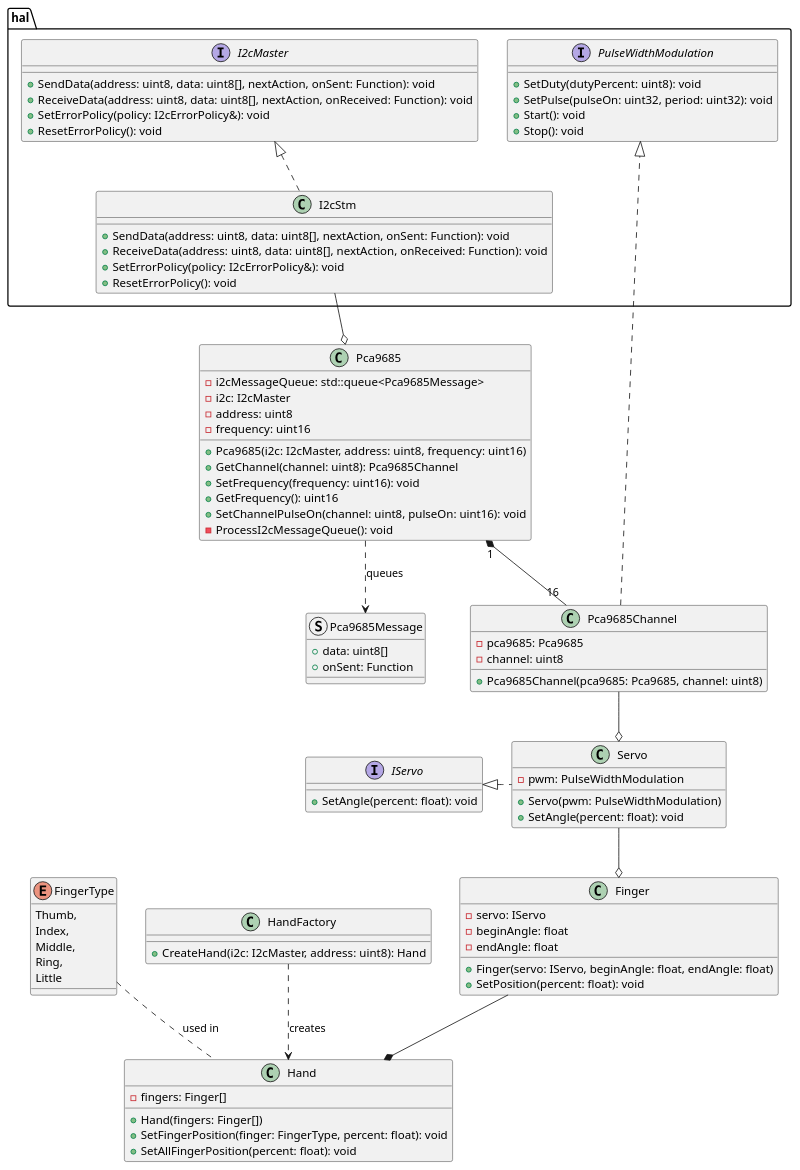
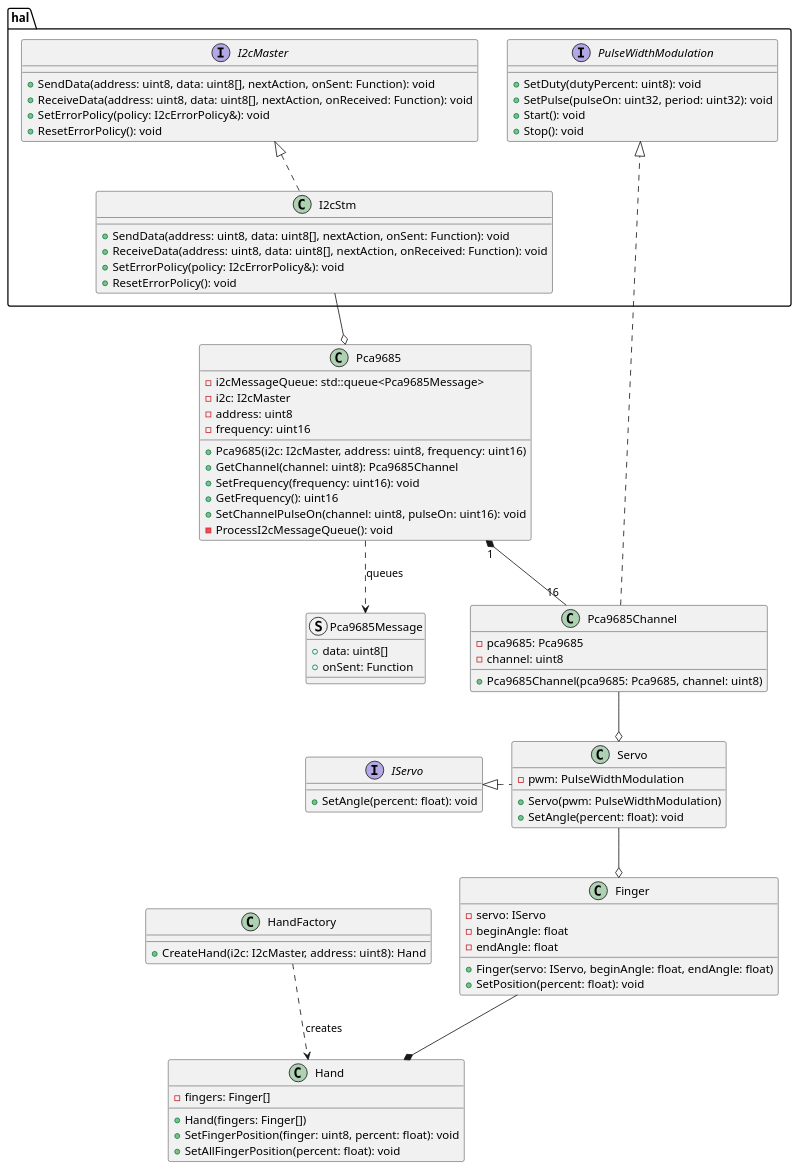
The diagram in design.plantuml (damyvv/bionic-hand), drawn with PlantUML before and after one commit.

Commit message:
Update design

```diff
--- a/design.plantuml
+++ b/design.plantuml
@@ -1,101 +1,92 @@
 @startuml
 
 package hal {
     interface PulseWidthModulation {
         +SetDuty(dutyPercent: uint8): void
         +SetPulse(pulseOn: uint32, period: uint32): void
         +Start(): void
         +Stop(): void
     }
 
     interface I2cMaster {
         +SendData(address: uint8, data: uint8[], nextAction, onSent: Function): void
         +ReceiveData(address: uint8, data: uint8[], nextAction, onReceived: Function): void
         +SetErrorPolicy(policy: I2cErrorPolicy&): void
         +ResetErrorPolicy(): void        
     }
 
     class I2cStm {
         +SendData(address: uint8, data: uint8[], nextAction, onSent: Function): void
         +ReceiveData(address: uint8, data: uint8[], nextAction, onReceived: Function): void
         +SetErrorPolicy(policy: I2cErrorPolicy&): void
         +ResetErrorPolicy(): void
     }
 
     I2cMaster <|.. I2cStm
 }
 
 struct Pca9685Message {
     +data: uint8[]
     +onSent: Function
 }
 
 class Pca9685 {
     -i2cMessageQueue: std::queue<Pca9685Message>
     -i2c: I2cMaster
     -address: uint8
     -frequency: uint16
     +Pca9685(i2c: I2cMaster, address: uint8, frequency: uint16)
     +GetChannel(channel: uint8): Pca9685Channel
     +SetFrequency(frequency: uint16): void
     +GetFrequency(): uint16
     +SetChannelPulseOn(channel: uint8, pulseOn: uint16): void
     -ProcessI2cMessageQueue(): void
 }
 
 class Pca9685Channel {
     -pca9685: Pca9685
     -channel: uint8
     +Pca9685Channel(pca9685: Pca9685, channel: uint8)
 }
 
 Pca9685 "1" *-- "16" Pca9685Channel
 I2cStm --o Pca9685
 Pca9685Channel ..|> PulseWidthModulation
 
 class Servo {
     -pwm: PulseWidthModulation
     +Servo(pwm: PulseWidthModulation)
     +SetAngle(percent: float): void
 }
 
 interface IServo {
     +SetAngle(percent: float): void
 }
 
 class Finger {
     -servo: IServo
     -beginAngle: float
     -endAngle: float
     +Finger(servo: IServo, beginAngle: float, endAngle: float)
     +SetPosition(percent: float): void
 }
 
 class Hand {
     -fingers: Finger[]
     +Hand(fingers: Finger[])
-    +SetFingerPosition(finger: FingerType, percent: float): void
+    +SetFingerPosition(finger: uint8, percent: float): void
     +SetAllFingerPosition(percent: float): void
-}
-
-enum FingerType {
-    Thumb,
-    Index,
-    Middle,
-    Ring,
-    Little
 }
 
 class HandFactory {
     +CreateHand(i2c: I2cMaster, address: uint8): Hand
 }
 
 Pca9685 ..> Pca9685Message : queues
 Pca9685Channel --o Servo
 Servo .l.|> IServo
 Servo --o Finger
 Finger --* Hand
 HandFactory ..> Hand : creates
-FingerType .. Hand : used in
 
 @enduml
```
